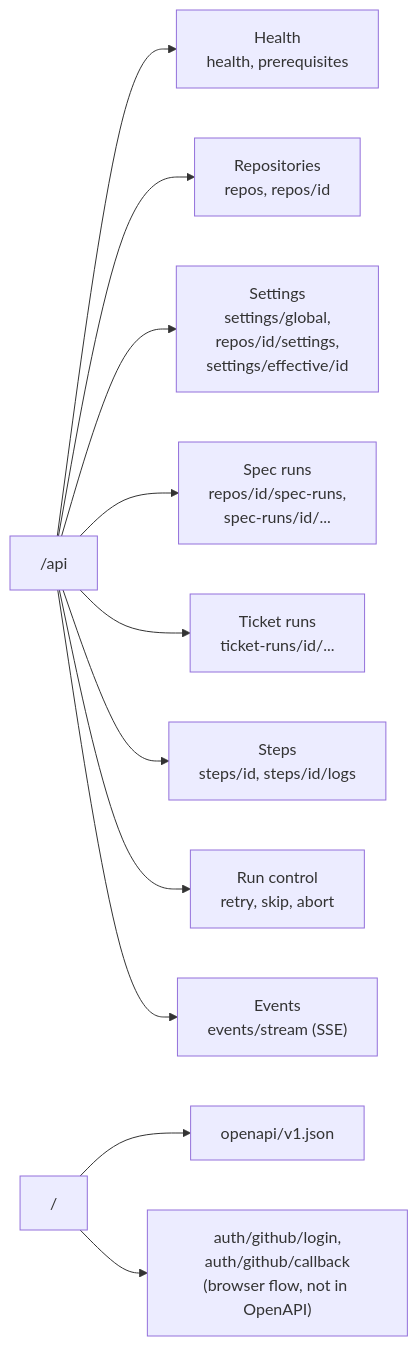
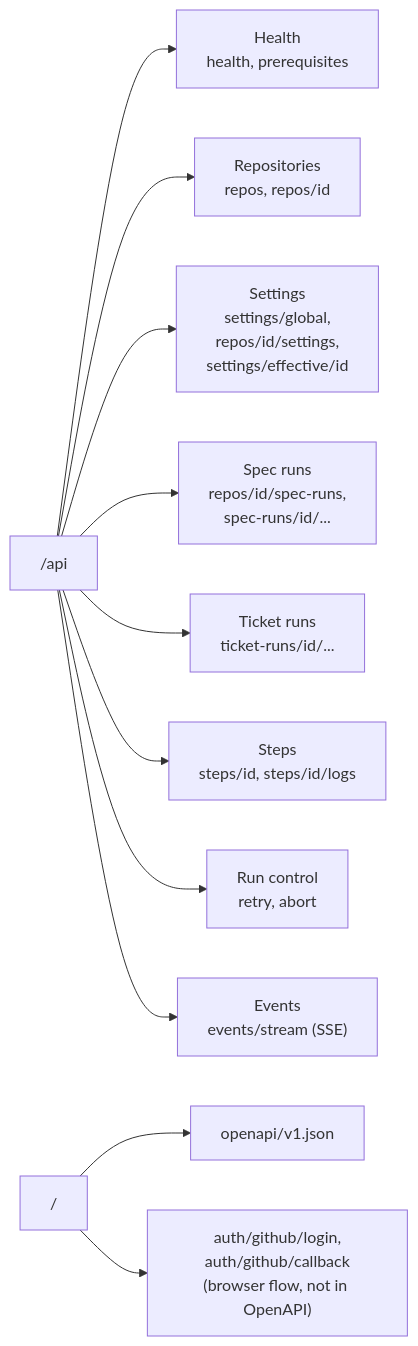
Before and after one commit to FlorianAlbert/WebDevLoop: the first of 4 diagrams in docfx/developer-guide/web-api.md, drawn with Mermaid. The commit also changed other lines of this file and 79 other files, not shown here.

````diff
--- a/docfx/developer-guide/web-api.md
+++ b/docfx/developer-guide/web-api.md
@@ -24,13 +24,13 @@
 ```mermaid
 flowchart LR
     Api["/api"] --> Health["Health<br/>health, prerequisites"]
     Api --> Repos["Repositories<br/>repos, repos/id"]
     Api --> Settings["Settings<br/>settings/global,<br/>repos/id/settings,<br/>settings/effective/id"]
     Api --> Spec["Spec runs<br/>repos/id/spec-runs,<br/>spec-runs/id/..."]
     Api --> Ticket["Ticket runs<br/>ticket-runs/id/..."]
     Api --> Step["Steps<br/>steps/id, steps/id/logs"]
-    Api --> Control["Run control<br/>retry, skip, abort"]
+    Api --> Control["Run control<br/>retry, abort"]
     Api --> Events["Events<br/>events/stream (SSE)"]
     Root["/"] --> OA["openapi/v1.json"]
     Root --> Auth["auth/github/login,<br/>auth/github/callback<br/>(browser flow, not in OpenAPI)"]
 ```
````
